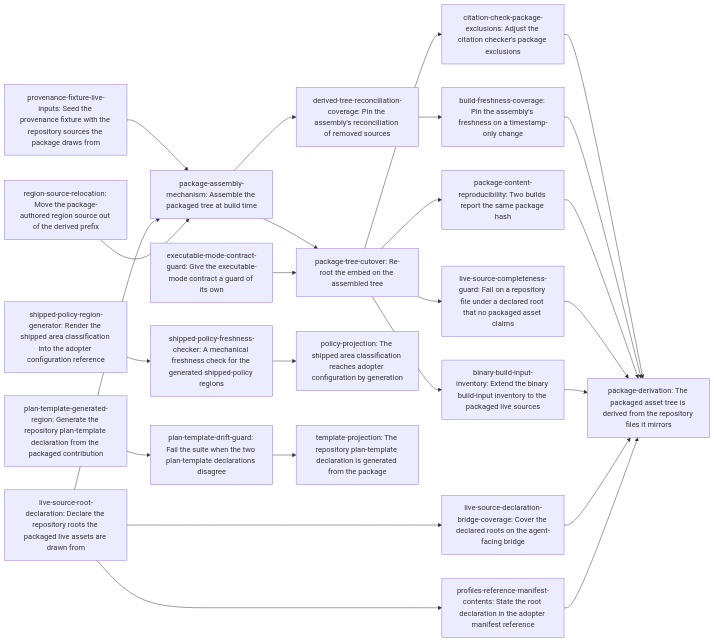
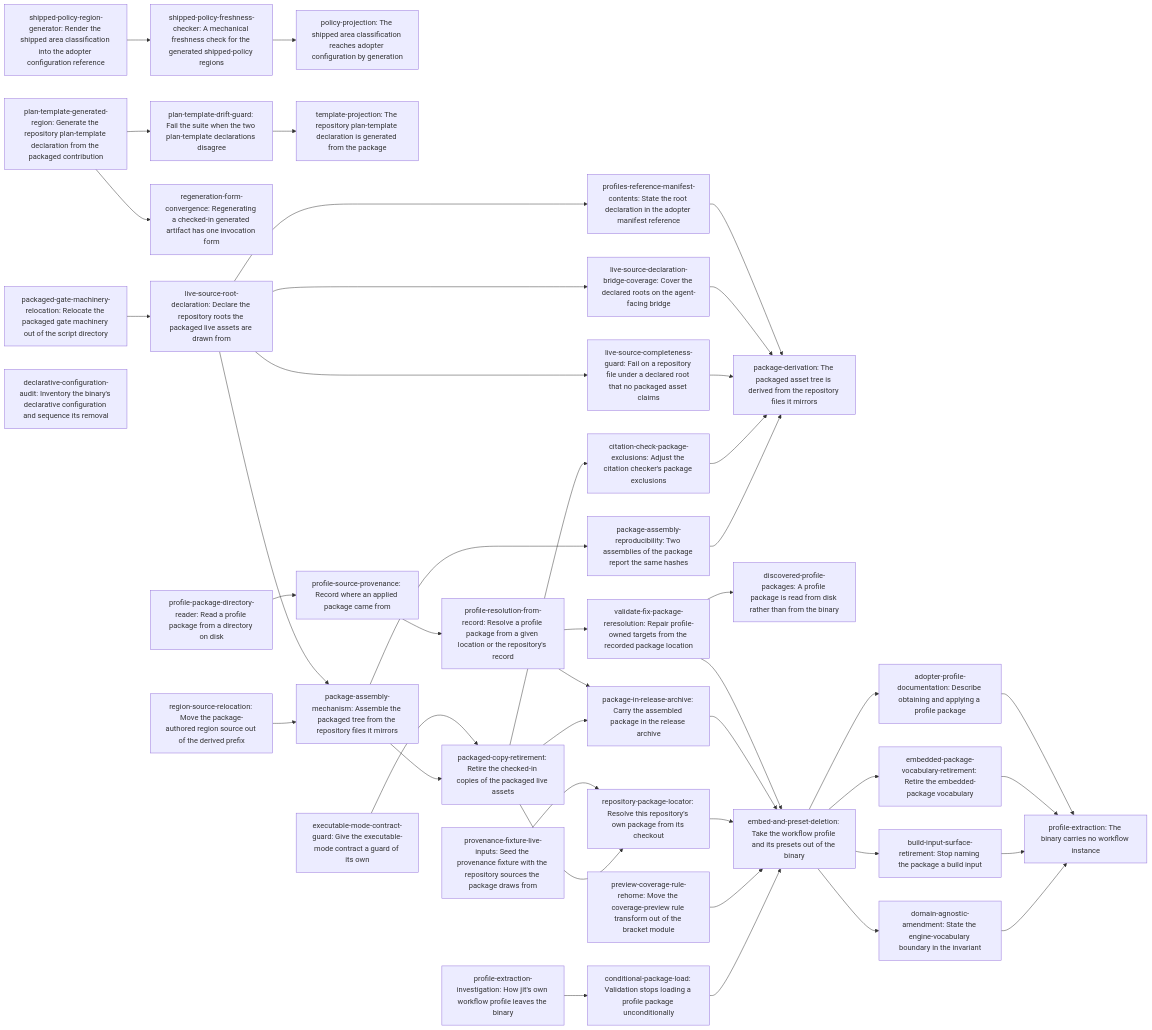
Before and after one commit to erankavija/just-in-time: the diagram in dev/active/e204e63d-derived-package-sources/e204e63d-plan.md, drawn with Mermaid. The commit also changed other lines of this file and 1 other file, not shown here.

First line of the commit message:
plan(jit:e204e63d): amend the plan and manifest for the widened container

````diff
--- a/dev/active/e204e63d-derived-package-sources/e204e63d-plan.md
+++ b/dev/active/e204e63d-derived-package-sources/e204e63d-plan.md
@@ -194,48 +308,82 @@
 ```mermaid
 flowchart LR
     N0["shipped-policy-region-generator: Render the shipped area classification into the adopter configuration reference"]
     N1["shipped-policy-freshness-checker: A mechanical freshness check for the generated shipped-policy regions"]
     N2["plan-template-generated-region: Generate the repository plan-template declaration from the packaged contribution"]
     N3["plan-template-drift-guard: Fail the suite when the two plan-template declarations disagree"]
-    N4["provenance-fixture-live-inputs: Seed the provenance fixture with the repository sources the package draws from"]
-    N5["package-assembly-mechanism: Assemble the packaged tree at build time"]
-    N6["region-source-relocation: Move the package-authored region source out of the derived prefix"]
+    N4["policy-projection: The shipped area classification reaches adopter configuration by generation"]
+    N5["template-projection: The repository plan-template declaration is generated from the package"]
+    N6["provenance-fixture-live-inputs: Seed the provenance fixture with the repository sources the package draws from"]
     N7["executable-mode-contract-guard: Give the executable-mode contract a guard of its own"]
-    N8["package-tree-cutover: Re-root the embed on the assembled tree"]
-    N9["citation-check-package-exclusions: Adjust the citation checker's package exclusions"]
-    N10["derived-tree-reconciliation-coverage: Pin the assembly's reconciliation of removed sources"]
-    N11["build-freshness-coverage: Pin the assembly's freshness on a timestamp-only change"]
-    N12["package-content-reproducibility: Two builds report the same package hash"]
+    N8["profile-extraction-investigation: How jit's own workflow profile leaves the binary"]
+    N9["conditional-package-load: Validation stops loading a profile package unconditionally"]
+    N10["packaged-gate-machinery-relocation: Relocate the packaged gate machinery out of the script directory"]
+    N11["regeneration-form-convergence: Regenerating a checked-in generated artifact has one invocation form"]
+    N12["region-source-relocation: Move the package-authored region source out of the derived prefix"]
     N13["live-source-root-declaration: Declare the repository roots the packaged live assets are drawn from"]
-    N14["live-source-declaration-bridge-coverage: Cover the declared roots on the agent-facing bridge"]
-    N15["profiles-reference-manifest-contents: State the root declaration in the adopter manifest reference"]
-    N16["live-source-completeness-guard: Fail on a repository file under a declared root that no packaged asset claims"]
-    N17["binary-build-input-inventory: Extend the binary build-input inventory to the packaged live sources"]
-    N18["policy-projection: The shipped area classification reaches adopter configuration by generation"]
-    N19["template-projection: The repository plan-template declaration is generated from the package"]
-    N20["package-derivation: The packaged asset tree is derived from the repository files it mirrors"]
+    N14["package-assembly-mechanism: Assemble the packaged tree from the repository files it mirrors"]
+    N15["package-assembly-reproducibility: Two assemblies of the package report the same hashes"]
+    N16["packaged-copy-retirement: Retire the checked-in copies of the packaged live assets"]
+    N17["citation-check-package-exclusions: Adjust the citation checker's package exclusions"]
+    N18["live-source-completeness-guard: Fail on a repository file under a declared root that no packaged asset claims"]
+    N19["live-source-declaration-bridge-coverage: Cover the declared roots on the agent-facing bridge"]
+    N20["profiles-reference-manifest-contents: State the root declaration in the adopter manifest reference"]
+    N21["package-derivation: The packaged asset tree is derived from the repository files it mirrors"]
+    N22["profile-package-directory-reader: Read a profile package from a directory on disk"]
+    N23["profile-source-provenance: Record where an applied package came from"]
+    N24["profile-resolution-from-record: Resolve a profile package from a given location or the repository's record"]
+    N25["validate-fix-package-reresolution: Repair profile-owned targets from the recorded package location"]
+    N26["discovered-profile-packages: A profile package is read from disk rather than from the binary"]
+    N27["preview-coverage-rule-rehome: Move the coverage-preview rule transform out of the bracket module"]
+    N28["repository-package-locator: Resolve this repository's own package from its checkout"]
+    N29["package-in-release-archive: Carry the assembled package in the release archive"]
+    N30["embed-and-preset-deletion: Take the workflow profile and its presets out of the binary"]
+    N31["domain-agnostic-amendment: State the engine-vocabulary boundary in the invariant"]
+    N32["build-input-surface-retirement: Stop naming the package a build input"]
+    N33["embedded-package-vocabulary-retirement: Retire the embedded-package vocabulary"]
+    N34["adopter-profile-documentation: Describe obtaining and applying a profile package"]
+    N35["declarative-configuration-audit: Inventory the binary's declarative configuration and sequence its removal"]
+    N36["profile-extraction: The binary carries no workflow instance"]
     N0 --> N1
     N2 --> N3
-    N4 --> N5
-    N13 --> N5
-    N6 --> N5
-    N5 --> N8
-    N7 --> N8
+    N1 --> N4
+    N3 --> N5
     N8 --> N9
-    N5 --> N10
-    N10 --> N11
-    N8 --> N12
+    N2 --> N11
+    N10 --> N13
+    N12 --> N14
     N13 --> N14
-    N13 --> N15
-    N8 --> N16
-    N8 --> N17
-    N1 --> N18
-    N3 --> N19
-    N9 --> N20
-    N11 --> N20
-    N12 --> N20
-    N16 --> N20
-    N17 --> N20
-    N14 --> N20
-    N15 --> N20
+    N14 --> N15
+    N14 --> N16
+    N7 --> N16
+    N16 --> N17
+    N13 --> N18
+    N13 --> N19
+    N13 --> N20
+    N15 --> N21
+    N17 --> N21
+    N18 --> N21
+    N19 --> N21
+    N20 --> N21
+    N22 --> N23
+    N23 --> N24
+    N24 --> N25
+    N25 --> N26
+    N16 --> N28
+    N6 --> N28
+    N16 --> N29
+    N24 --> N29
+    N9 --> N30
+    N27 --> N30
+    N28 --> N30
+    N29 --> N30
+    N25 --> N30
+    N30 --> N31
+    N30 --> N32
+    N30 --> N33
+    N30 --> N34
+    N31 --> N36
+    N32 --> N36
+    N33 --> N36
+    N34 --> N36
 ```
````
